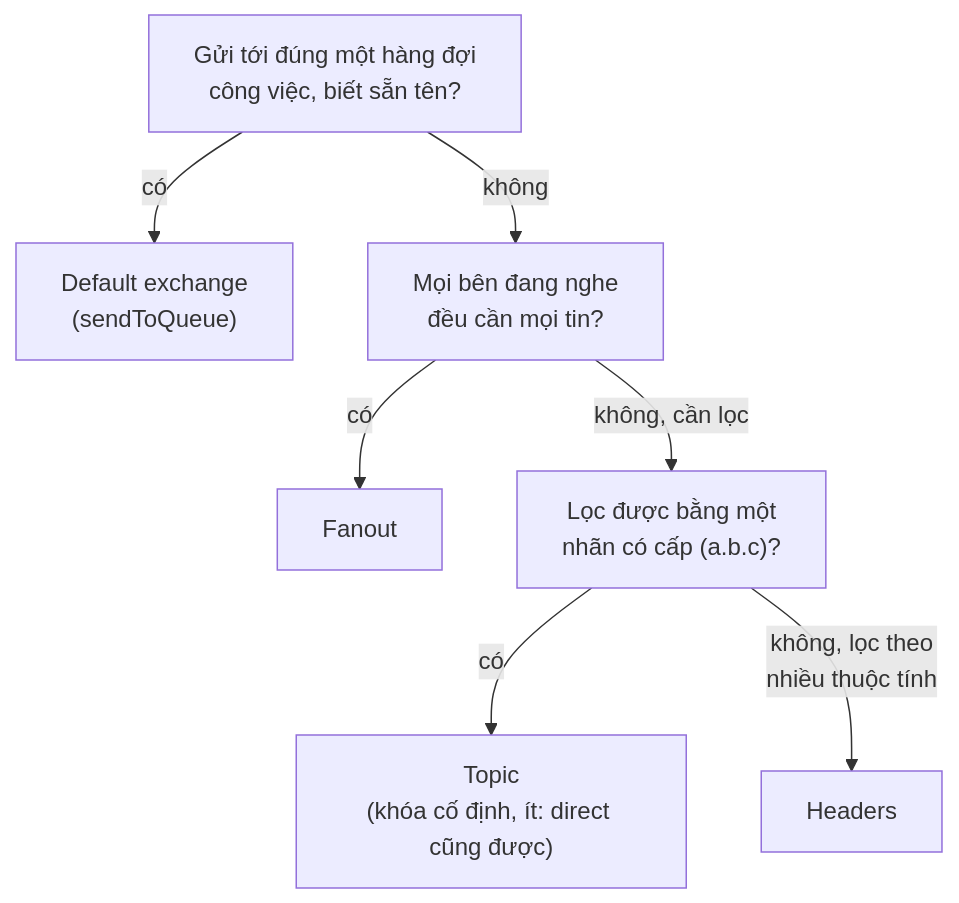
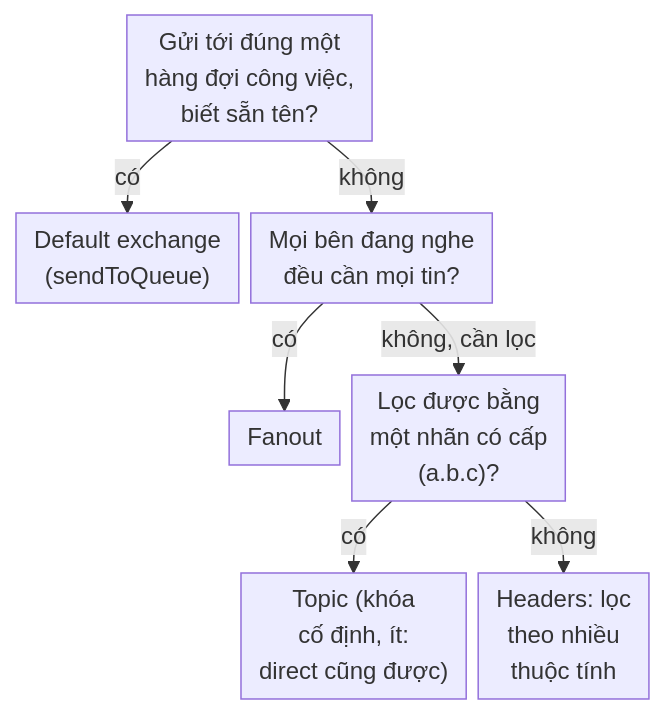
The second of 3 diagrams in content/posts/2026-11-21-rabbitmq-exchanges.md (duongbui234/software-engineering-atlas), drawn with Mermaid before and after one commit. The commit also changed other lines of this file and 134 other files, not shown here.

First line of the commit message:
Fit every Mermaid diagram at 390px without sideways scroll (#56)

````diff
--- a/content/posts/2026-11-21-rabbitmq-exchanges.md
+++ b/content/posts/2026-11-21-rabbitmq-exchanges.md
@@ -174,9 +175,10 @@
 ```mermaid
+%%{init: {"flowchart": {"nodeSpacing": 8, "rankSpacing": 24, "padding": 6}}}%%
 flowchart TB
-    Q1["Gửi tới đúng một hàng đợi<br/>công việc, biết sẵn tên?"] -->|"có"| A1["Default exchange<br/>(sendToQueue)"]
+    Q1["Gửi tới đúng một<br/>hàng đợi công việc,<br/>biết sẵn tên?"] -->|"có"| A1["Default exchange<br/>(sendToQueue)"]
     Q1 -->|"không"| Q2["Mọi bên đang nghe<br/>đều cần mọi tin?"]
     Q2 -->|"có"| A2["Fanout"]
-    Q2 -->|"không, cần lọc"| Q3["Lọc được bằng một<br/>nhãn có cấp (a.b.c)?"]
-    Q3 -->|"có"| A3["Topic<br/>(khóa cố định, ít: direct cũng được)"]
-    Q3 -->|"không, lọc theo<br/>nhiều thuộc tính"| A4["Headers"]
+    Q2 -->|"không, cần lọc"| Q3["Lọc được bằng<br/>một nhãn có cấp<br/>(a.b.c)?"]
+    Q3 -->|"có"| A3["Topic (khóa<br/>cố định, ít:<br/>direct cũng được)"]
+    Q3 -->|"không"| A4["Headers: lọc<br/>theo nhiều<br/>thuộc tính"]
 ```
````
